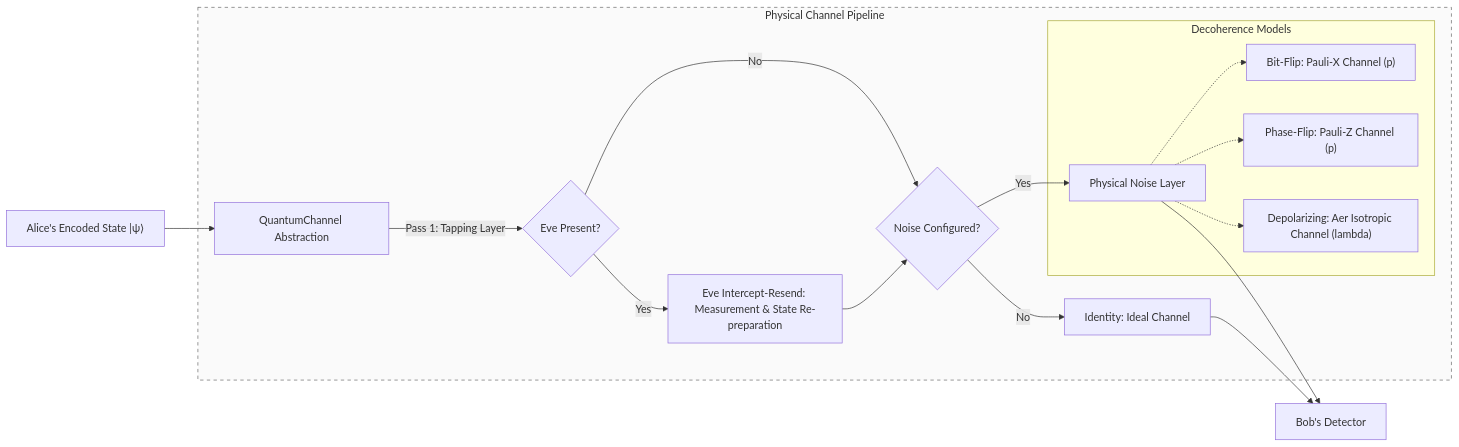
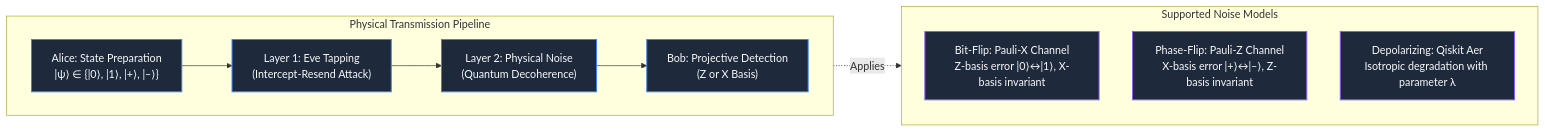
The third of 3 diagrams in README.md (DineshMoorthy007/BB84-quantum-key-distribution), drawn with Mermaid before and after one commit. The commit also changed other lines of this file, not shown here.

Commit message:
docs: refactor and improve clarity of Mermaid diagrams in README.md

````diff
--- a/README.md
+++ b/README.md
@@ -149,21 +162,24 @@
 ```mermaid
 flowchart LR
-    A["Alice's Encoded State |ψ⟩"] --> QC["QuantumChannel Abstraction"]
-    subgraph Medium["Physical Channel Pipeline"]
-        QC -->|"Pass 1: Tapping Layer"| EVE{"Eve Present?"}
-        EVE -->|"Yes"| EACT["Eve Intercept-Resend: Measurement & State Re-preparation"]
-        EVE -->|"No"| NOISE{"Noise Configured?"}
-        EACT --> NOISE
-        NOISE -->|"Yes"| NMOD["Physical Noise Layer"]
-        subgraph Supported_Noise["Decoherence Models"]
-            NMOD -.-> BF["Bit-Flip: Pauli-X Channel (p)"]
-            NMOD -.-> PF["Phase-Flip: Pauli-Z Channel (p)"]
-            NMOD -.-> DP["Depolarizing: Aer Isotropic Channel (lambda)"]
-        end
-        NOISE -->|"No"| ID["Identity: Ideal Channel"]
+    subgraph Channel["Physical Transmission Pipeline"]
+        direction LR
+        A["Alice: State Preparation<br/>|ψ⟩ ∈ {|0⟩, |1⟩, |+⟩, |–⟩}"] --> EVE["Layer 1: Eve Tapping<br/>(Intercept-Resend Attack)"]
+        EVE --> NOISE["Layer 2: Physical Noise<br/>(Quantum Decoherence)"]
+        NOISE --> B["Bob: Projective Detection<br/>(Z or X Basis)"]
     end
-    NMOD --> B["Bob's Detector"]
-    ID --> B
 
-    style Medium fill:#fafafa,stroke:#666,stroke-dasharray: 5 5
+    subgraph Models["Supported Noise Models"]
+        direction TB
+        BF["Bit-Flip: Pauli-X Channel<br/>Z-basis error |0⟩↔|1⟩, X-basis invariant"]
+        PF["Phase-Flip: Pauli-Z Channel<br/>X-basis error |+⟩↔|–⟩, Z-basis invariant"]
+        DP["Depolarizing: Qiskit Aer<br/>Isotropic degradation with parameter λ"]
+    end
+
+    NOISE -.->|"Applies"| Models
+
+    classDef channelBox fill:#1e293b,stroke:#3b82f6,stroke-width:1.5px,color:#f8fafc;
+    classDef noiseBox fill:#1e293b,stroke:#8b5cf6,stroke-width:1.5px,color:#f8fafc;
+
+    class A,EVE,NOISE,B channelBox;
+    class BF,PF,DP noiseBox;
 ```
````
